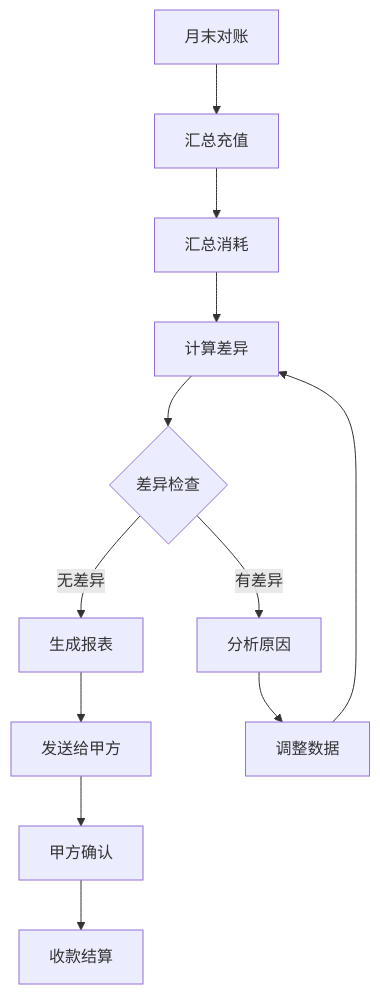
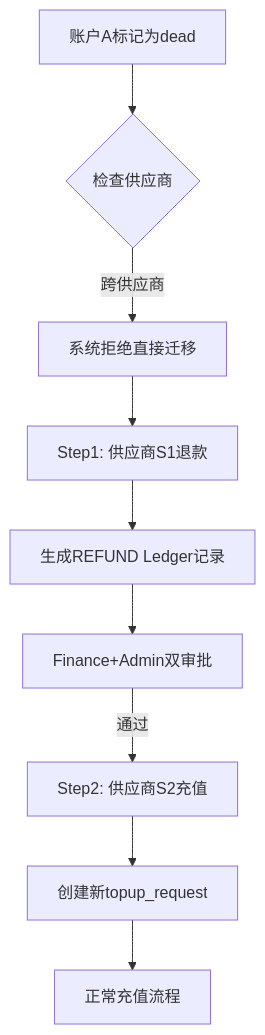
One commit to wade56754/AI_ad_spend02 changed the fourth of 5 diagrams in docs/core/SYSTEM_OVERVIEW.md. Above: the diagram before and after it, drawn with Mermaid. The commit also changed other lines of this file and 210 other files, not shown here.

````diff
--- a/docs/core/SYSTEM_OVERVIEW.md
+++ b/docs/core/SYSTEM_OVERVIEW.md
@@ -153,14 +661,11 @@
 ```mermaid
-graph TD
-    A[月末对账] --> B[汇总充值]
-    B --> C[汇总消耗]
-    C --> D[计算差异]
-    D --> E{差异检查}
-    E -->|无差异| F[生成报表]
-    E -->|有差异| G[分析原因]
-    G --> H[调整数据]
-    H --> D
-    F --> I[发送给甲方]
-    I --> J[甲方确认]
-    J --> K[收款结算]
+flowchart TD
+    A[账户A标记为dead] --> B{检查供应商}
+    B -->|跨供应商| C[系统拒绝直接迁移]
+    C --> D[Step1: 供应商S1退款]
+    D --> E[生成REFUND Ledger记录]
+    E --> F[Finance+Admin双审批]
+    F -->|通过| G[Step2: 供应商S2充值]
+    G --> H[创建新topup_request]
+    H --> I[正常充值流程]
 ```
````
